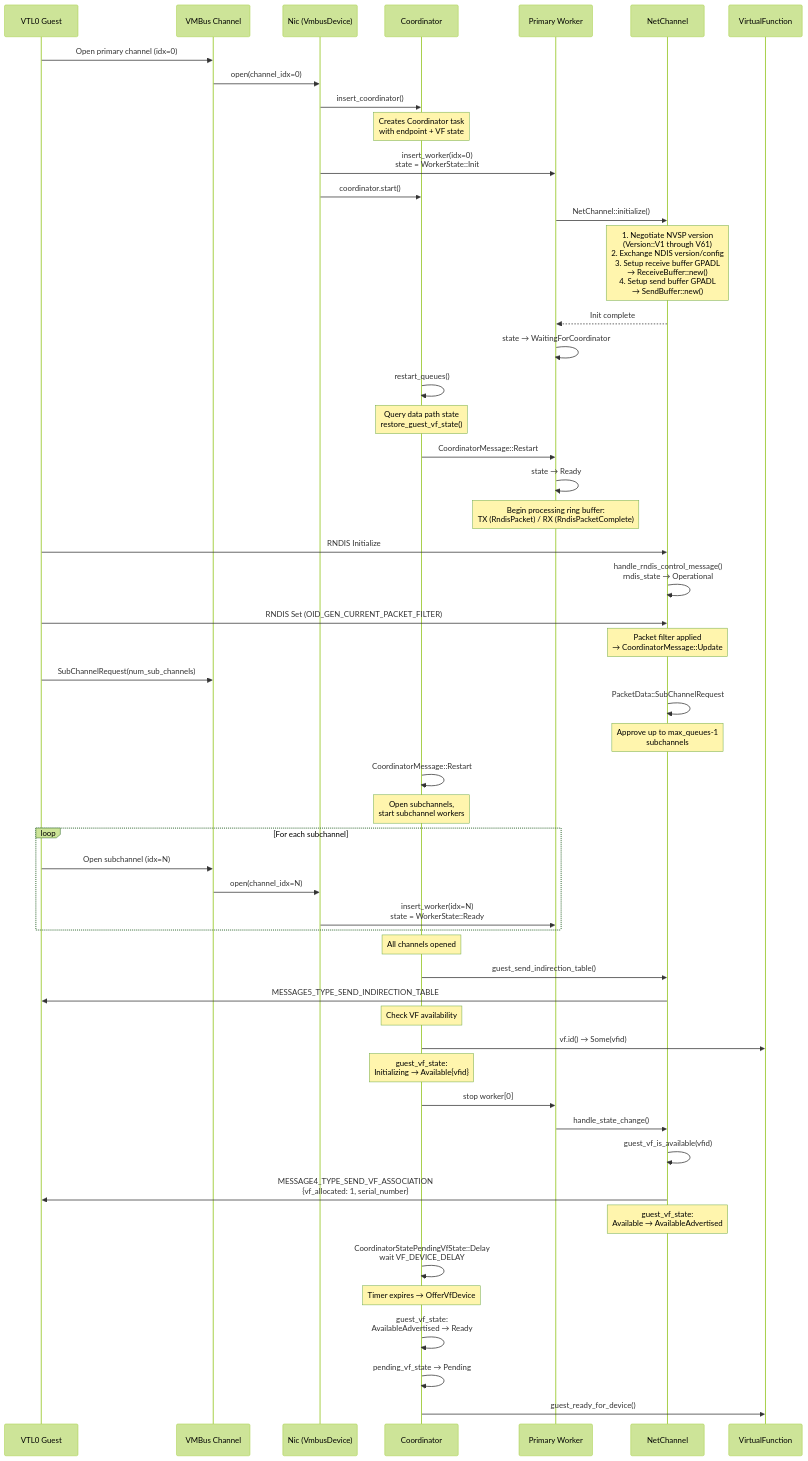
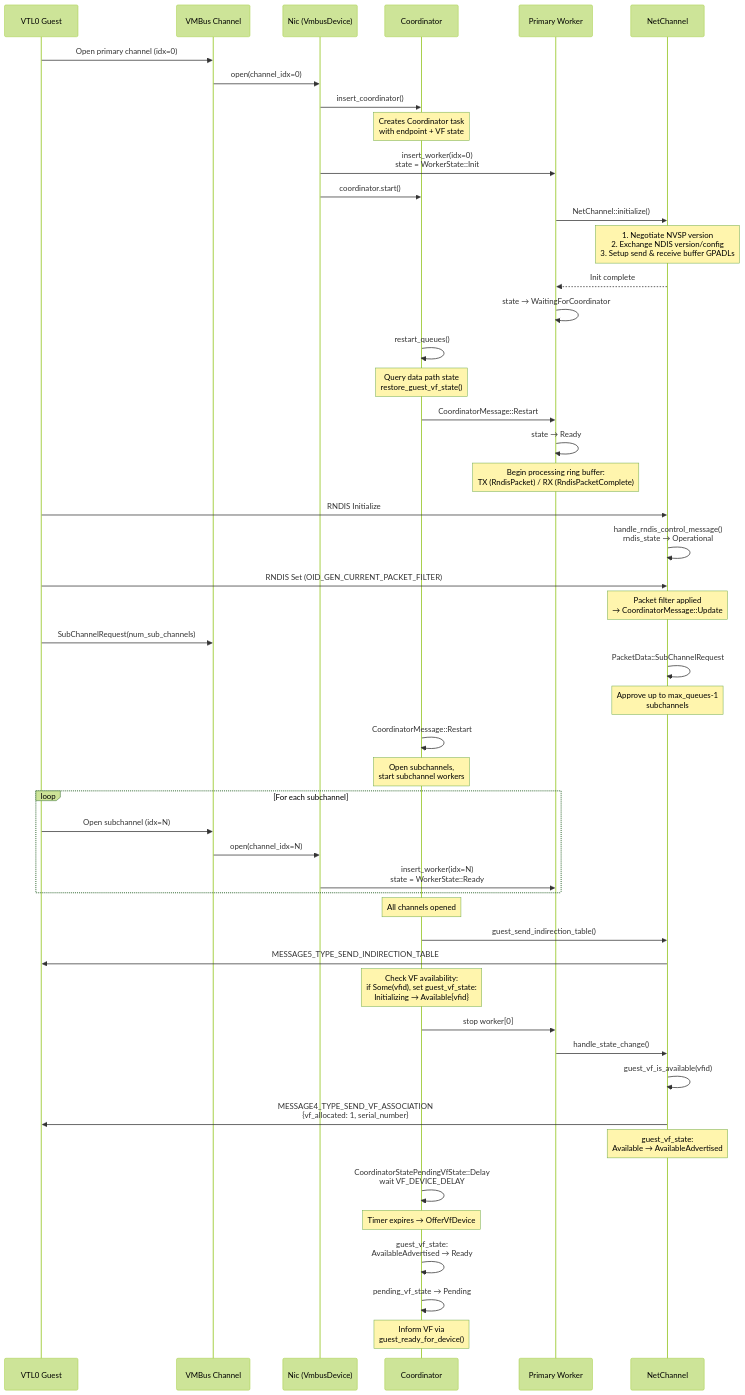
Before and after one commit to ben-zen/openvmm: the second of 6 diagrams in Guide/src/dev_guide/netvsp_mana_lifecycle_diagrams.md, drawn with Mermaid (forest theme). The commit also changed other lines of this file, not shown here.

Commit message:
Working on these diagrams.

````diff
--- a/Guide/src/dev_guide/netvsp_mana_lifecycle_diagrams.md
+++ b/Guide/src/dev_guide/netvsp_mana_lifecycle_diagrams.md
@@ -51,73 +51,70 @@
 ```mermaid
 sequenceDiagram
     participant Guest as VTL0 Guest
     participant VMBus as VMBus Channel
     participant NicDev as Nic (VmbusDevice)
     participant Coord as Coordinator
     participant PriWorker as Primary Worker
     participant Channel as NetChannel
-    participant VF as VirtualFunction
 
     Guest->>VMBus: Open primary channel (idx=0)
     VMBus->>NicDev: open(channel_idx=0)
 
     NicDev->>Coord: insert_coordinator()
     Note over Coord: Creates Coordinator task<br/>with endpoint + VF state
 
     NicDev->>PriWorker: insert_worker(idx=0)<br/>state = WorkerState::Init
     NicDev->>Coord: coordinator.start()
 
     PriWorker->>Channel: NetChannel::initialize()
-    Note over Channel: 1. Negotiate NVSP version<br/>   (Version::V1 through V61)<br/>2. Exchange NDIS version/config<br/>3. Setup receive buffer GPADL<br/>   → ReceiveBuffer::new()<br/>4. Setup send buffer GPADL<br/>   → SendBuffer::new()
+    Note over Channel: 1. Negotiate NVSP version<br/>2. Exchange NDIS version/config<br/>3. Setup send & receive buffer GPADLs
 
     Channel-->>PriWorker: Init complete
     PriWorker->>PriWorker: state → WaitingForCoordinator
 
     Coord->>Coord: restart_queues()
     Note over Coord: Query data path state<br/>restore_guest_vf_state()
 
     Coord->>PriWorker: CoordinatorMessage::Restart
     PriWorker->>PriWorker: state → Ready
 
     Note over PriWorker: Begin processing ring buffer:<br/>TX (RndisPacket) / RX (RndisPacketComplete)
 
     Guest->>Channel: RNDIS Initialize
     Channel->>Channel: handle_rndis_control_message()<br/>rndis_state → Operational
 
     Guest->>Channel: RNDIS Set (OID_GEN_CURRENT_PACKET_FILTER)
     Note over Channel: Packet filter applied<br/>→ CoordinatorMessage::Update
 
     Guest->>VMBus: SubChannelRequest(num_sub_channels)
     Channel->>Channel: PacketData::SubChannelRequest
     Note over Channel: Approve up to max_queues-1<br/>subchannels
 
     Coord->>Coord: CoordinatorMessage::Restart
     Note over Coord: Open subchannels,<br/>start subchannel workers
 
     loop For each subchannel
         Guest->>VMBus: Open subchannel (idx=N)
         VMBus->>NicDev: open(channel_idx=N)
         NicDev->>PriWorker: insert_worker(idx=N)<br/>state = WorkerState::Ready
     end
 
     Note over Coord: All channels opened
 
     Coord->>Channel: guest_send_indirection_table()
     Channel->>Guest: MESSAGE5_TYPE_SEND_INDIRECTION_TABLE
 
-    Note over Coord: Check VF availability
-    Coord->>VF: vf.id() → Some(vfid)
-    Note over Coord: guest_vf_state:<br/>Initializing → Available{vfid}
+    Note over Coord: Check VF availability:<br/>if Some(vfid), set guest_vf_state:<br/>Initializing → Available{vfid}
 
     Coord->>PriWorker: stop worker[0]
     PriWorker->>Channel: handle_state_change()
     Channel->>Channel: guest_vf_is_available(vfid)
     Channel->>Guest: MESSAGE4_TYPE_SEND_VF_ASSOCIATION<br/>{vf_allocated: 1, serial_number}
     Note over Channel: guest_vf_state:<br/>Available → AvailableAdvertised
 
     Coord->>Coord: CoordinatorStatePendingVfState::Delay<br/>wait VF_DEVICE_DELAY
     Note over Coord: Timer expires → OfferVfDevice
     Coord->>Coord: guest_vf_state:<br/>AvailableAdvertised → Ready
     Coord->>Coord: pending_vf_state → Pending
-    Coord->>VF: guest_ready_for_device()
+    Note over Coord: Inform VF via<br/>guest_ready_for_device()
 ```
````
